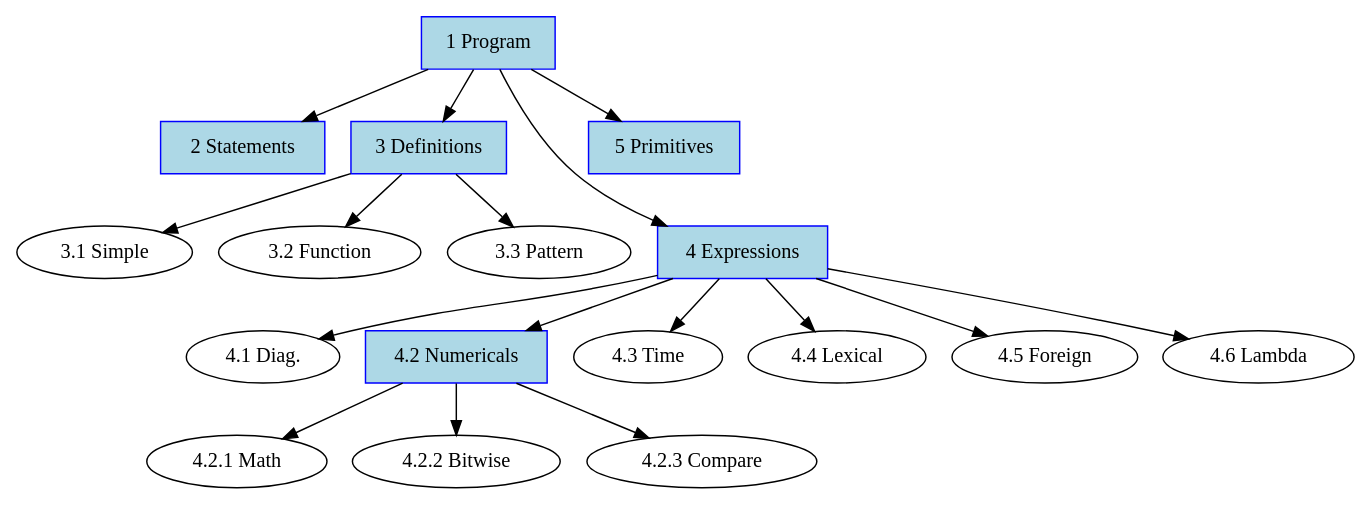
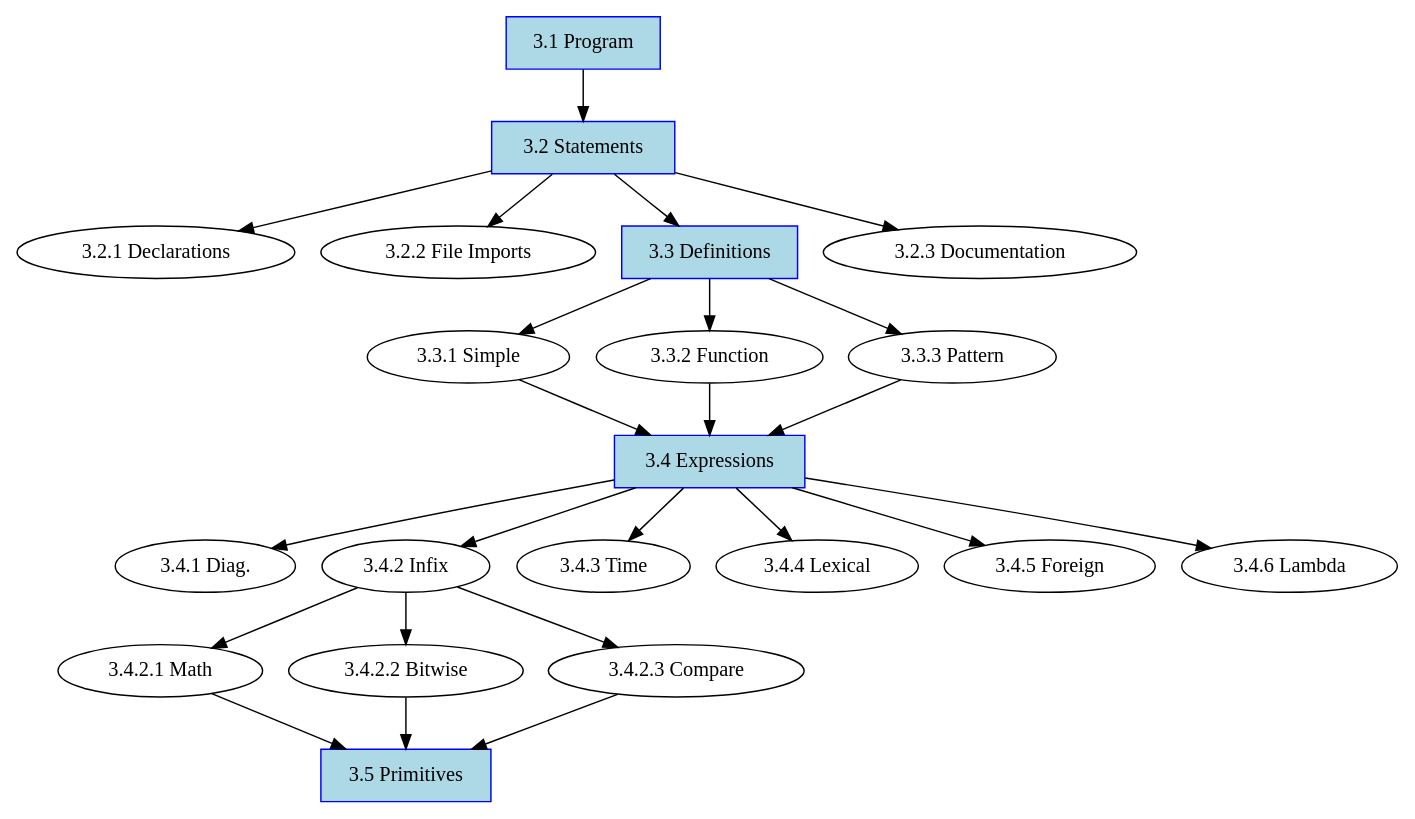
Before and after one commit to grame-cncm/faust: the diagram in documentation/faust-quick-reference-src/illustrations/syntax-chart.dot, drawn with Graphviz. The commit also changed 2 other files, not shown here.

Commit message:
new figure describing chapter 3

```diff
--- a/documentation/faust-quick-reference-src/illustrations/syntax-chart.dot
+++ b/documentation/faust-quick-reference-src/illustrations/syntax-chart.dot
@@ -1,52 +1,57 @@
  
 strict digraph faustflow {
     root=syntax;
     ordering=out;
+      
+    declaration[label="3.2.1 Declarations"];
+  	fileimport[label="3.2.2 File Imports"];
+	documentation[label="3.2.3 Documentation"];
+
+    simple[label="3.3.1 Simple"];
+    fundef[label="3.3.2 Function"];
+    patdef[label="3.3.3 Pattern"];
     
-    simple[label="3.1 Simple"];
-    fundef[label="3.2 Function"];
-    patdef[label="3.3 Pattern"];
+    diag[label="3.4.1 Diag."];
+    math[label="3.4.2.1 Math"];
+    bit[label="3.4.2.2 Bitwise"];
+    cmp[label="3.4.2.3 Compare"];
     
-    diag[label="4.1 Diag."];
-    math[label="4.2.1 Math"];
-    bit[label="4.2.2 Bitwise"];
-    cmp[label="4.2.3 Compare"];
-    
-    time[label="4.3 Time"];
-    env[label="4.4 Lexical"];
-    foreign[label="4.5 Foreign"];
-    prog[label="4.6 Lambda"];
+    time[label="3.4.3 Time"];
+    env[label="3.4.4 Lexical"];
+    foreign[label="3.4.5 Foreign"];
+    prog[label="3.4.6 Lambda"];
 
+    infix[label="3.4.2 Infix"];
 
 
     node[shape=box, color=blue, fillcolor=lightblue, style=filled];
-    syntax[label="1 Program"];
-    statement[label="2 Statements"];
-    definition[label="3 Definitions"];
-    expr[label="4 Expressions"];
-    prim[label="5 Primitives"];
-    infix[label="4.2 Numericals"];
+    program[label="3.1 Program"];
+    statement[label="3.2 Statements"];
+    definition[label="3.3 Definitions"];
+    expr[label="3.4 Expressions"];
+    prim[label="3.5 Primitives"];
   
 
-    syntax->statement;
-    syntax->definition;
-    syntax->expr;
-    syntax->prim;
-    
-    definition->simple;
-    definition->fundef;
-    definition->patdef;
+    program->statement;
+    statement->declaration;
+    statement->fileimport;
+    statement->definition;
+    statement->documentation;
+     
+    definition->simple->expr;
+    definition->fundef->expr;
+    definition->patdef->expr;
 
-    expr->diag;		{rank=same; expr simple}
+    expr->diag;		
     expr->infix;
     
-    infix->math;
-    infix->bit;
-    infix->cmp;
+    infix->math->prim;
+    infix->bit->prim;
+    infix->cmp->prim;
 
     expr->time;
     expr->env;
     expr->foreign;
     expr->prog;
     
 }
```
